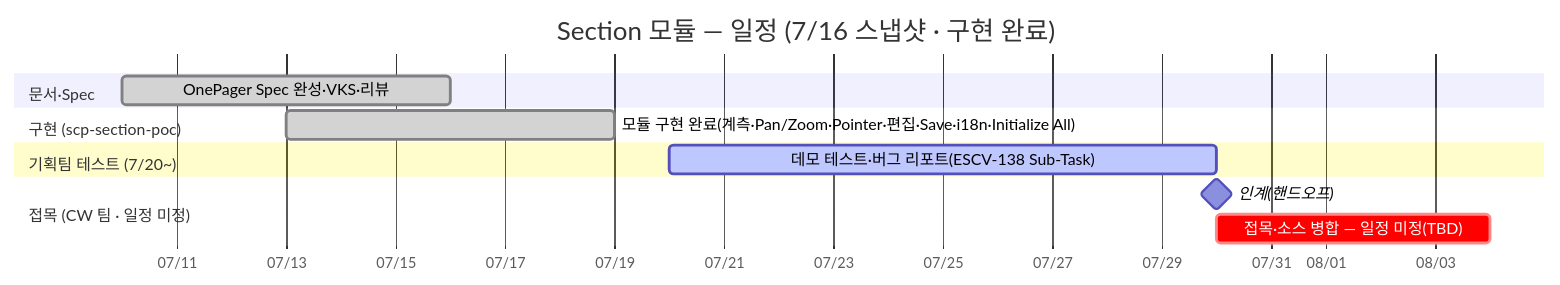
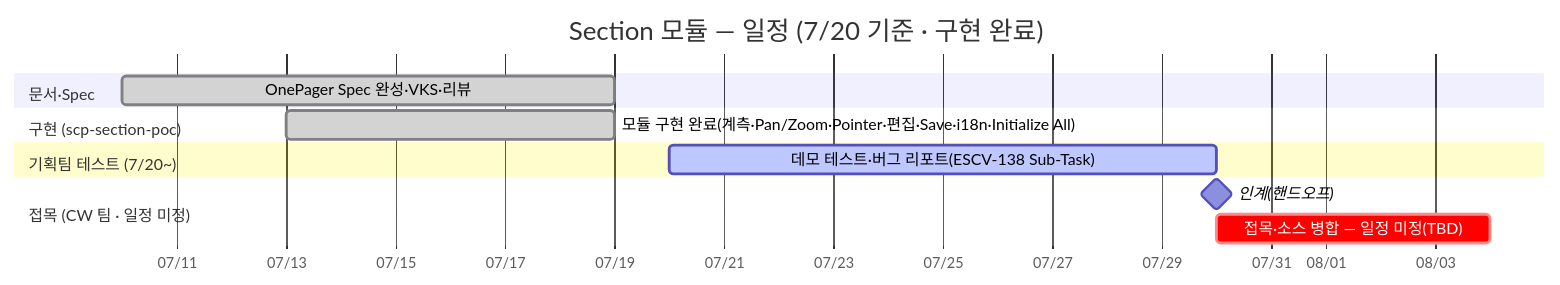
One commit to gracegyu/scp-architecture changed the second of 2 diagrams in docs/SCP Cloud Server 연구/뷰어 관련 연구/WebSectionView/주간회의-Agenda.md. Above: the diagram before and after it, drawn with Mermaid.

Commit message:
docs(주간회의): 주간회의 아젠다의 Section 모듈 일정 업데이트
Section 모듈의 일정이 7/16에서 7/20 기준으로 변경되었으며, OnePager Spec의 리뷰 기간도 6일에서 9일로 조정되었습니다. 이를 통해 개발 진행 상황을 보다 명확히 하였습니다.

````diff
--- a/docs/SCP Cloud Server 연구/뷰어 관련 연구/WebSectionView/주간회의-Agenda.md
+++ b/docs/SCP Cloud Server 연구/뷰어 관련 연구/WebSectionView/주간회의-Agenda.md
@@ -251,20 +251,20 @@
     ```mermaid
     gantt
-        title Section 모듈 — 일정 (7/16 스냅샷 · 구현 완료)
+        title Section 모듈 — 일정 (7/20 기준 · 구현 완료)
         dateFormat YYYY-MM-DD
         axisFormat %m/%d
         todayMarker stroke-width:2px,stroke:#d33,opacity:0.5
 
         section 문서·Spec
-        OnePager Spec 완성·VKS·리뷰       :done, spec, 2026-07-10, 6d
+        OnePager Spec 완성·VKS·리뷰       :done, spec, 2026-07-10, 9d
 
         section 구현 (scp-section-poc)
         모듈 구현 완료(계측·Pan/Zoom·Pointer·편집·Save·i18n·Initialize All)  :done, impl, 2026-07-13, 2026-07-19
 
         section 기획팀 테스트 (7/20~)
         데모 테스트·버그 리포트(ESCV-138 Sub-Task)   :active, qa, 2026-07-20, 10d
 
         section 접목 (CW 팀 · 일정 미정)
         인계(핸드오프)                          :milestone, ho, after qa, 0d
         접목·소스 병합 — 일정 미정(TBD)          :crit, integ, after ho, 5d
     ```
````
